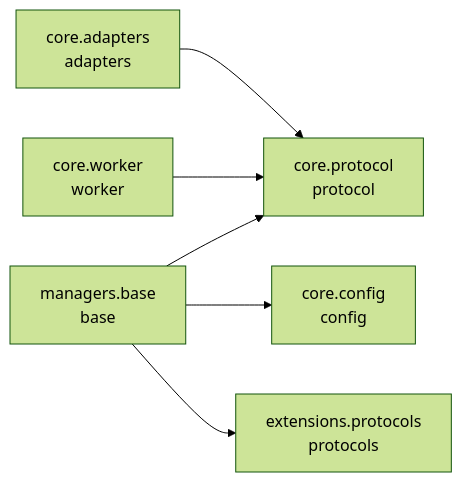
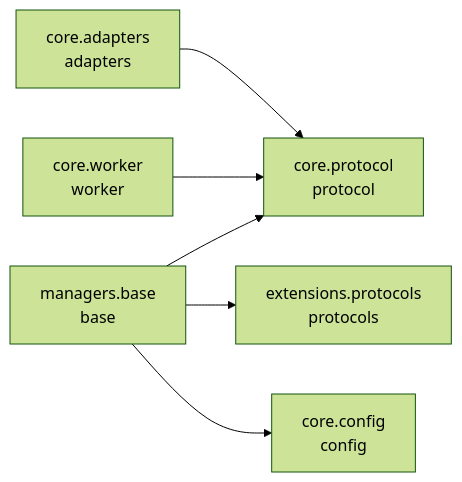
Before and after one commit to cj-mills/cjm-fasthtml-workers: the diagram in README.md, drawn with Mermaid (forest theme). The commit also changed other lines of this file and 1 other file, not shown here.

````diff
--- a/README.md
+++ b/README.md
@@ -29,15 +29,15 @@
 ``` mermaid
 graph LR
     core_adapters[core.adapters<br/>adapters]
     core_config[core.config<br/>config]
     core_protocol[core.protocol<br/>protocol]
     core_worker[core.worker<br/>worker]
     extensions_protocols[extensions.protocols<br/>protocols]
     managers_base[managers.base<br/>base]
 
     core_adapters --> core_protocol
     core_worker --> core_protocol
+    managers_base --> extensions_protocols
     managers_base --> core_protocol
     managers_base --> core_config
-    managers_base --> extensions_protocols
 ```
````
